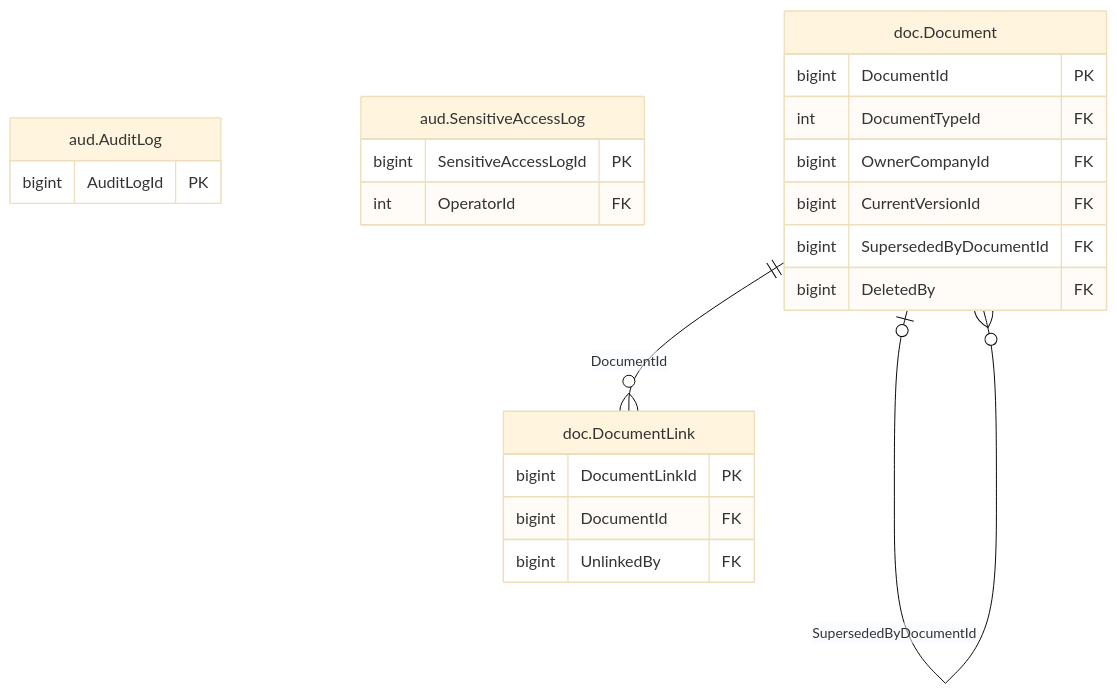
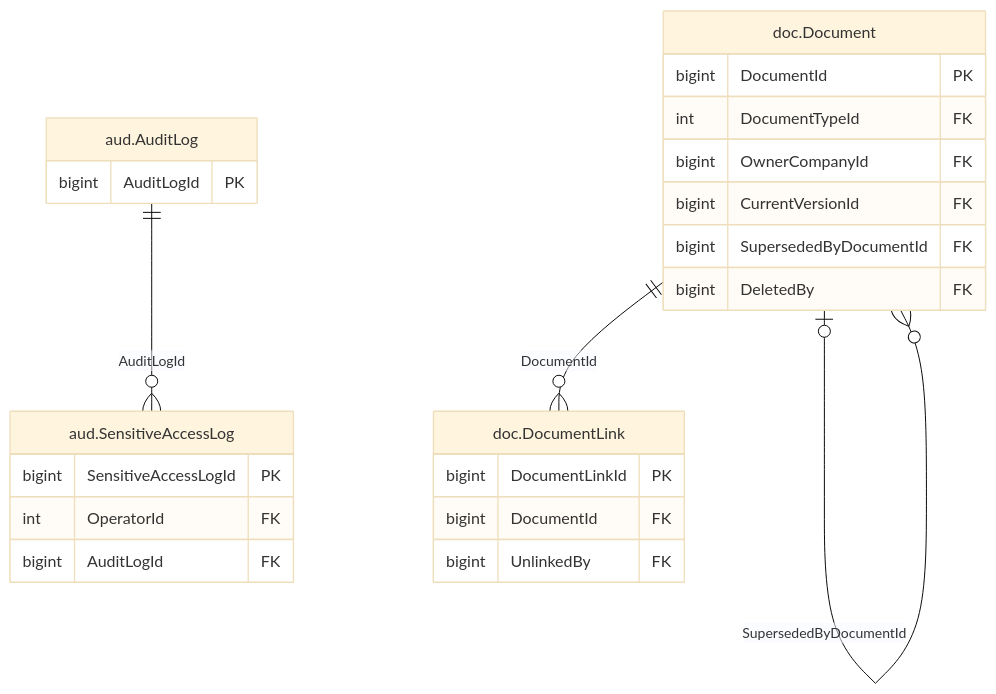
Before and after one commit to thawrasy/smartlines: the diagram in treasury-platform/docs/diagrams/erd/m0_audit_docs_1.mmd, drawn with Mermaid (base theme). The commit also changed 159 other files, not shown here.

```diff
--- a/treasury-platform/docs/diagrams/erd/m0_audit_docs_1.mmd
+++ b/treasury-platform/docs/diagrams/erd/m0_audit_docs_1.mmd
@@ -1,24 +1,26 @@
 %% م0 · التدقيق والمستندات (1/2) — Audit & documents
 erDiagram
   aud_AuditLog["aud.AuditLog"] {
     bigint AuditLogId PK
   }
   aud_SensitiveAccessLog["aud.SensitiveAccessLog"] {
     bigint SensitiveAccessLogId PK
     int OperatorId FK
+    bigint AuditLogId FK
   }
   doc_Document["doc.Document"] {
     bigint DocumentId PK
     int DocumentTypeId FK
     bigint OwnerCompanyId FK
     bigint CurrentVersionId FK
     bigint SupersededByDocumentId FK
     bigint DeletedBy FK
   }
   doc_DocumentLink["doc.DocumentLink"] {
     bigint DocumentLinkId PK
     bigint DocumentId FK
     bigint UnlinkedBy FK
   }
+  aud_AuditLog ||--o{ aud_SensitiveAccessLog : "AuditLogId"
   doc_Document |o--o{ doc_Document : "SupersededByDocumentId"
   doc_Document ||--o{ doc_DocumentLink : "DocumentId"
```
